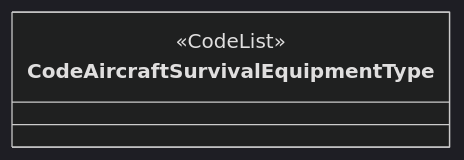
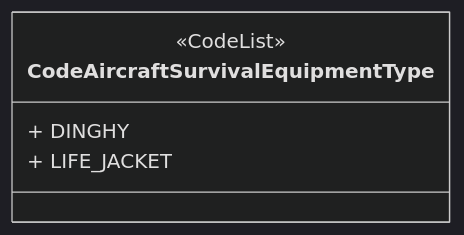
Diagram 29 of 46 in README.md (hlepori/testAIRM), drawn with Mermaid (dark theme) before and after one commit. The commit also changed other lines of this file, not shown here.

````diff
--- a/README.md
+++ b/README.md
@@ -703,5 +748,7 @@
 ```mermaid	
 classDiagram	
 class CodeAircraftSurvivalEquipmentType	
 <<CodeList>> CodeAircraftSurvivalEquipmentType	
+CodeAircraftSurvivalEquipmentType : + DINGHY	
+CodeAircraftSurvivalEquipmentType : + LIFE_JACKET	
 ```	
````
